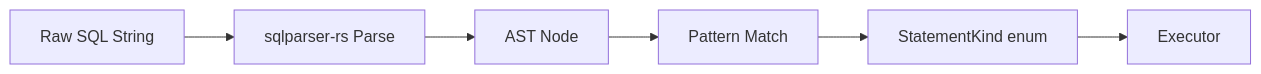
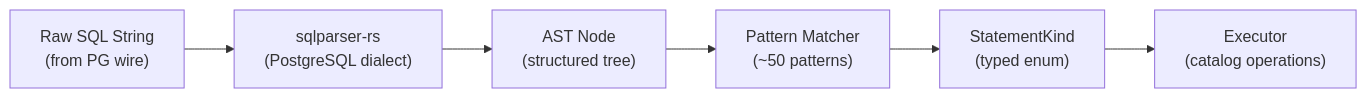
Before and after one commit to trickle-labs/rocklake: the diagram in docs/architecture/sql-dispatcher.md, drawn with Mermaid. The commit also changed other lines of this file and 253 other files, not shown here.

````diff
--- a/docs/architecture/sql-dispatcher.md
+++ b/docs/architecture/sql-dispatcher.md
@@ -7,8 +11,8 @@
 ```mermaid
 graph LR
-    SQL[Raw SQL String] --> PARSE[sqlparser-rs Parse]
-    PARSE --> AST[AST Node]
-    AST --> CLASS[Pattern Match]
-    CLASS --> SK[StatementKind enum]
-    SK --> EXEC[Executor]
+    SQL["Raw SQL String<br/>(from PG wire)"] --> PARSE["sqlparser-rs<br/>(PostgreSQL dialect)"]
+    PARSE --> AST["AST Node<br/>(structured tree)"]
+    AST --> CLASS["Pattern Matcher<br/>(~50 patterns)"]
+    CLASS --> SK["StatementKind<br/>(typed enum)"]
+    SK --> EXEC["Executor<br/>(catalog operations)"]
 ```
````
